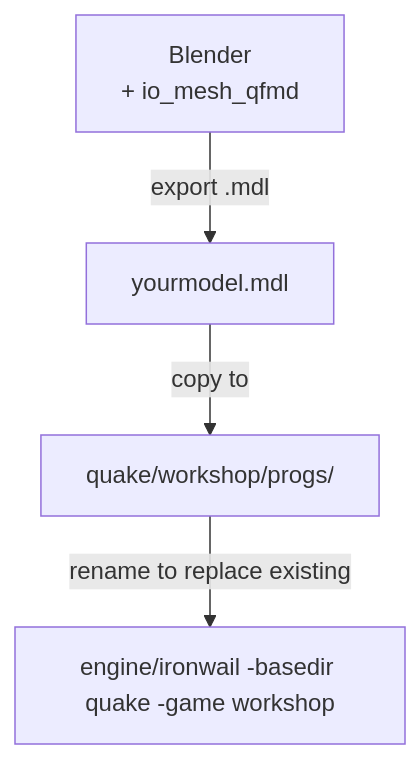
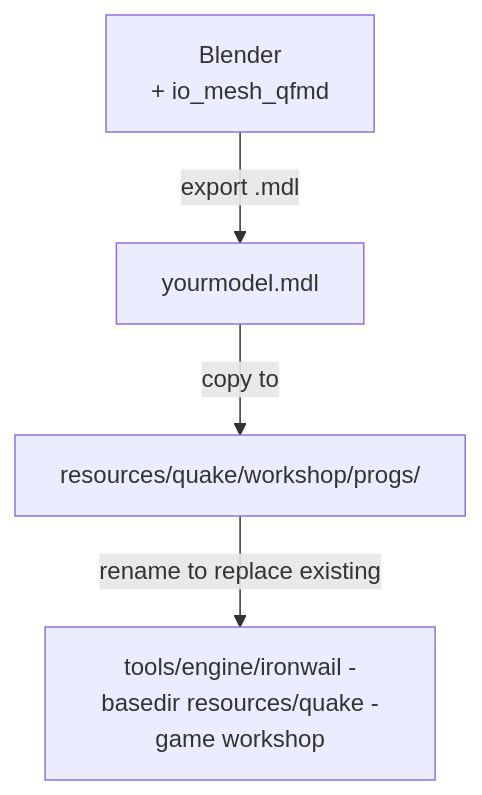
Before and after one commit to etna-alternance/workshop-vrg: the first of 2 diagrams in guides/story/README.md, drawn with Mermaid. The commit also changed other lines of this file and 6 other files, not shown here.

Commit message:
fix: update prerequisites and guide paths for tools/ and resources/ restructure

````diff
--- a/guides/story/README.md
+++ b/guides/story/README.md
@@ -15,6 +15,6 @@
 ```mermaid
 flowchart TD
     A["Blender<br/>+ io_mesh_qfmd"] -->|export .mdl| B["yourmodel.mdl"]
-    B -->|copy to| C["quake/workshop/progs/"]
-    C -->|rename to replace existing| D["engine/ironwail -basedir quake -game workshop"]
+    B -->|copy to| C["resources/quake/workshop/progs/"]
+    C -->|rename to replace existing| D["tools/engine/ironwail -basedir resources/quake -game workshop"]
 ```
````
